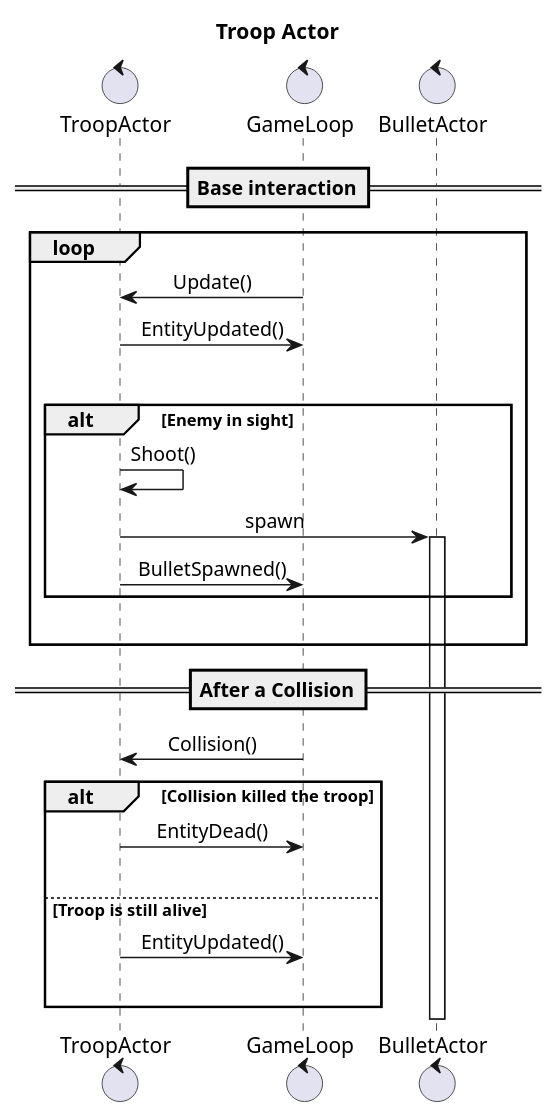
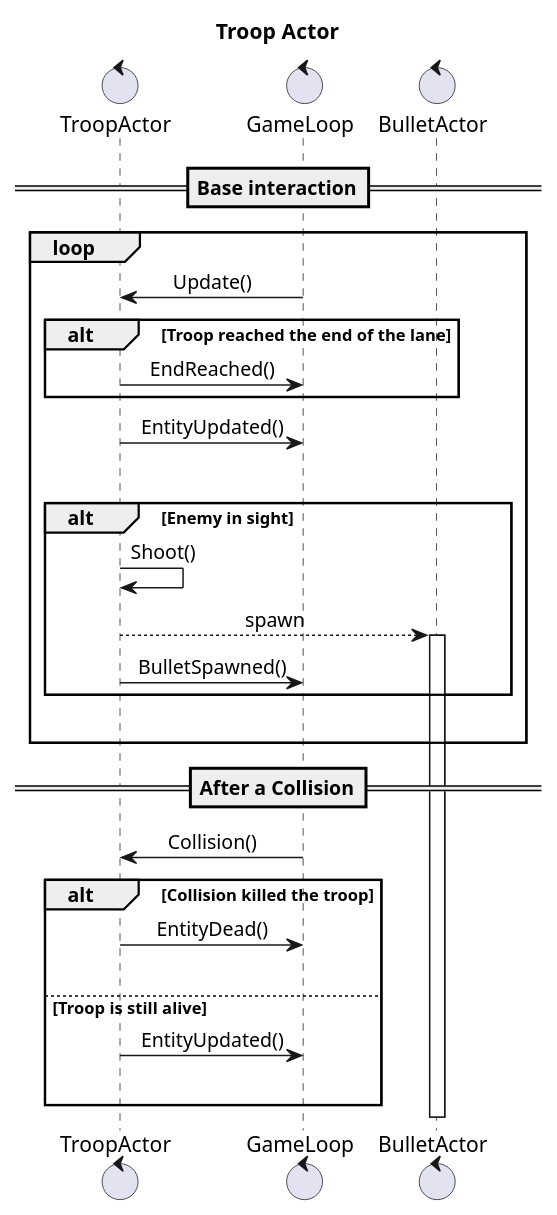
Before and after one commit to PaoloPenazzi/pps-pvzlike: the diagram in doc/diagrams/TroopActor.puml, drawn with PlantUML. The commit also changed 1 other file, not shown here.

Commit message:
chore: update diagrams

```diff
--- a/doc/diagrams/TroopActor.puml
+++ b/doc/diagrams/TroopActor.puml
@@ -1,38 +1,35 @@
 @startuml
 'https://plantuml.com/sequence-diagram
 
 title Troop Actor
 control TroopActor
 control GameLoop
 control BulletActor
 skinparam sequenceMessageAlign center
 == Base interaction==
 loop
 GameLoop -> TroopActor: Update()
+alt Troop reached the end of the lane
+    TroopActor -> GameLoop: EndReached()
+end
 TroopActor -> GameLoop: EntityUpdated()
 |||
 alt Enemy in sight
     TroopActor -> TroopActor: Shoot()
-    TroopActor -> BulletActor: spawn
+    TroopActor --> BulletActor: spawn
     activate BulletActor
     TroopActor -> GameLoop: BulletSpawned()
 end
 |||
 end
 ==After a Collision==
 GameLoop -> TroopActor: Collision()
 alt Collision killed the troop
 TroopActor -> GameLoop: EntityDead()
 |||
 else Troop is still alive
 TroopActor -> GameLoop: EntityUpdated()
 |||
 end
 
-
-
-
-
-
-
 @enduml
```
